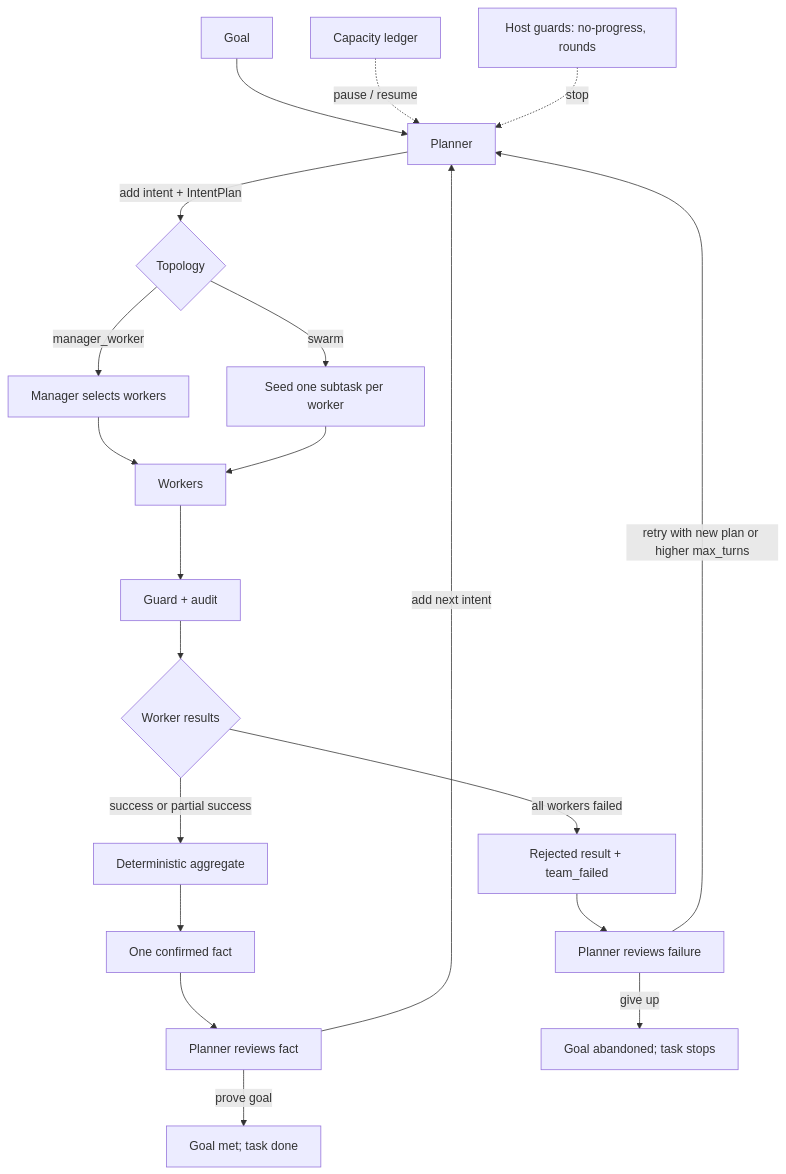
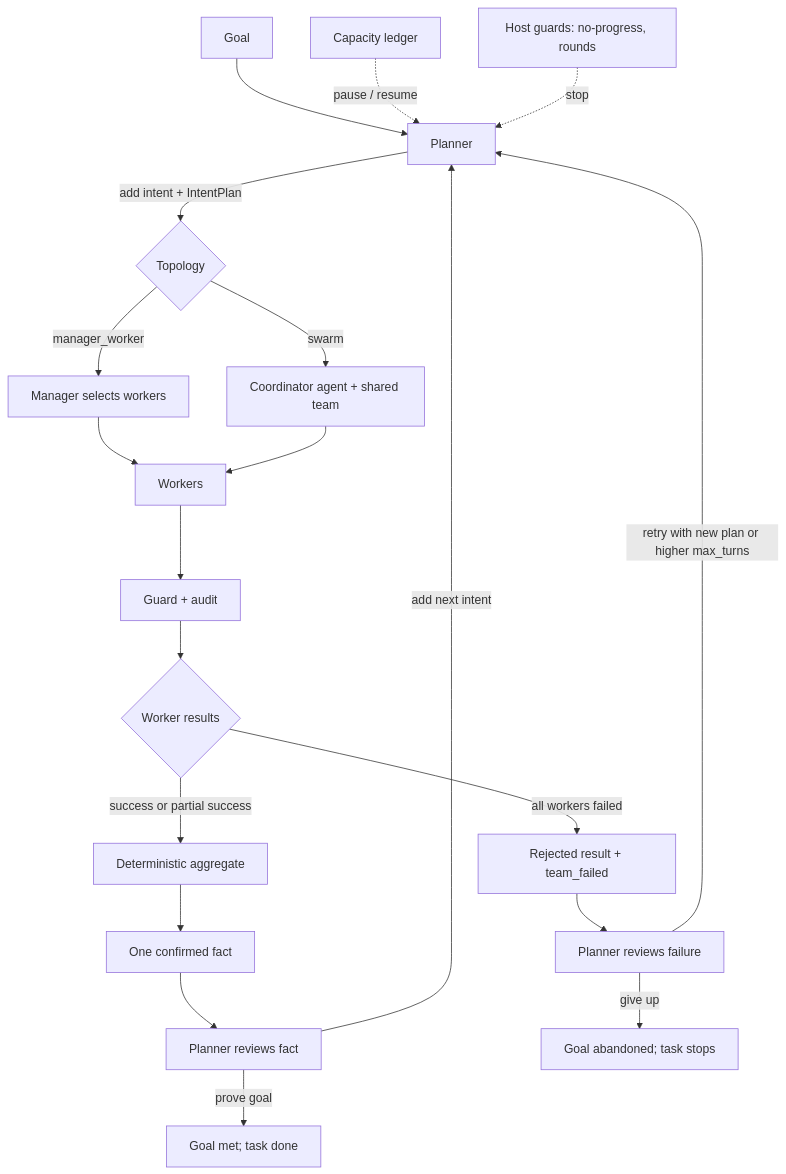
One commit to akshay93akshay/dhi changed the diagram in README.md. Above: the diagram before and after it, drawn with Mermaid. The commit also changed other lines of this file and 72 other files, not shown here.

First line of the commit message:
feat: coordinator-led Swarm and browser-folder projects

````diff
--- a/README.md
+++ b/README.md
@@ -18,29 +18,29 @@
 ```mermaid
 flowchart TD
     G[Goal] --> P[Planner]
     P -->|add intent + IntentPlan| T{Topology}
 
     T -->|manager_worker| M[Manager selects workers]
     M --> W[Workers]
-    T -->|swarm| S[Seed one subtask per worker]
+    T -->|swarm| S[Coordinator agent + shared team]
     S --> W
 
     W --> GU[Guard + audit]
     GU --> R{Worker results}
 
     R -->|success or partial success| AG[Deterministic aggregate]
     AG --> F[One confirmed fact]
     F --> PR[Planner reviews fact]
 
     R -->|all workers failed| RJ[Rejected result + team_failed]
     RJ --> PF[Planner reviews failure]
 
     PR -->|add next intent| P
     PR -->|prove goal| DONE[Goal met; task done]
 
     PF -->|retry with new plan or higher max_turns| P
     PF -->|give up| STOP[Goal abandoned; task stops]
 
     C[Capacity ledger] -. pause / resume .-> P
     H[Host guards: no-progress, rounds] -. stop .-> P
 ```
````
